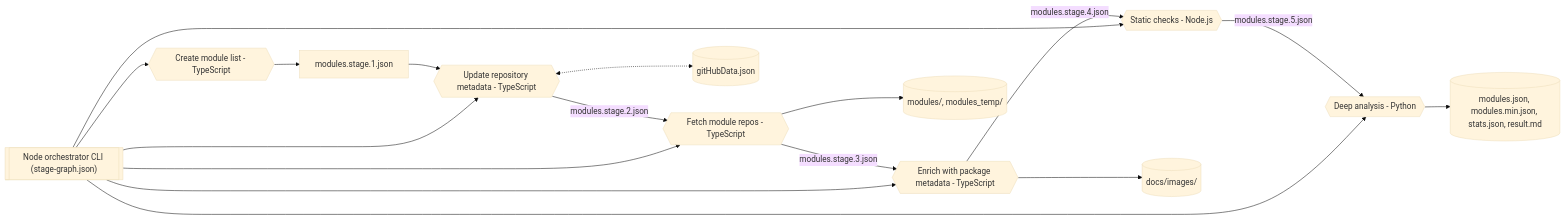
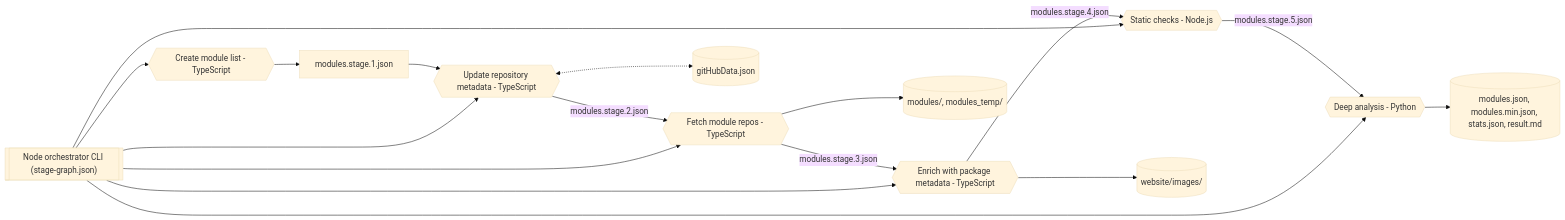
Before and after one commit to KristjanESPERANTO/MagicMirror-3rd-Party-Modules: the first of 3 diagrams in docs/architecture.md, drawn with Mermaid (base theme). The commit also changed other lines of this file, not shown here.

Commit message:
docs: update architecture document to reflect changes in output paths

````diff
--- a/docs/architecture.md
+++ b/docs/architecture.md
@@ -22,21 +22,21 @@
 ```mermaid
 flowchart LR
   orchestrator[["Node orchestrator CLI (stage-graph.json)"]]
   orchestrator --> create{{"Create module list - TypeScript"}}
   orchestrator --> update{{"Update repository metadata - TypeScript"}}
   orchestrator --> fetch{{"Fetch module repos - TypeScript"}}
   orchestrator --> enrich{{"Enrich with package metadata - TypeScript"}}
   orchestrator --> checkjs{{"Static checks - Node.js"}}
   orchestrator --> checkpy{{"Deep analysis - Python"}}
 
   create --> stage1["modules.stage.1.json"]
   stage1 --> update
   update -- "modules.stage.2.json" --> fetch
   update <-.-> cache[("gitHubData.json")]
   fetch -- "modules.stage.3.json" --> enrich
   fetch --> clones[("modules/, modules_temp/")]
   enrich -- "modules.stage.4.json" --> checkjs
-  enrich --> images[("docs/images/")]
+  enrich --> images[("website/images/")]
   checkjs -- "modules.stage.5.json" --> checkpy
   checkpy --> outputs[("modules.json, modules.min.json, stats.json, result.md")]
 ```
````
